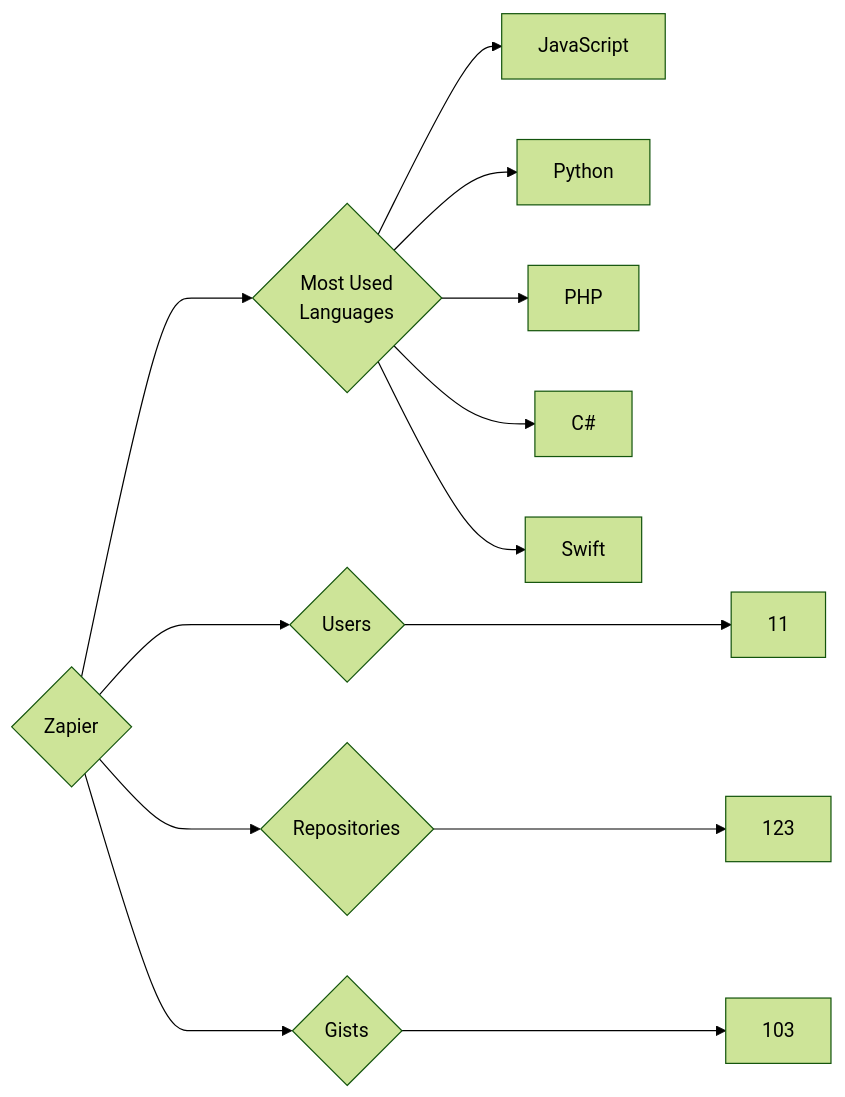
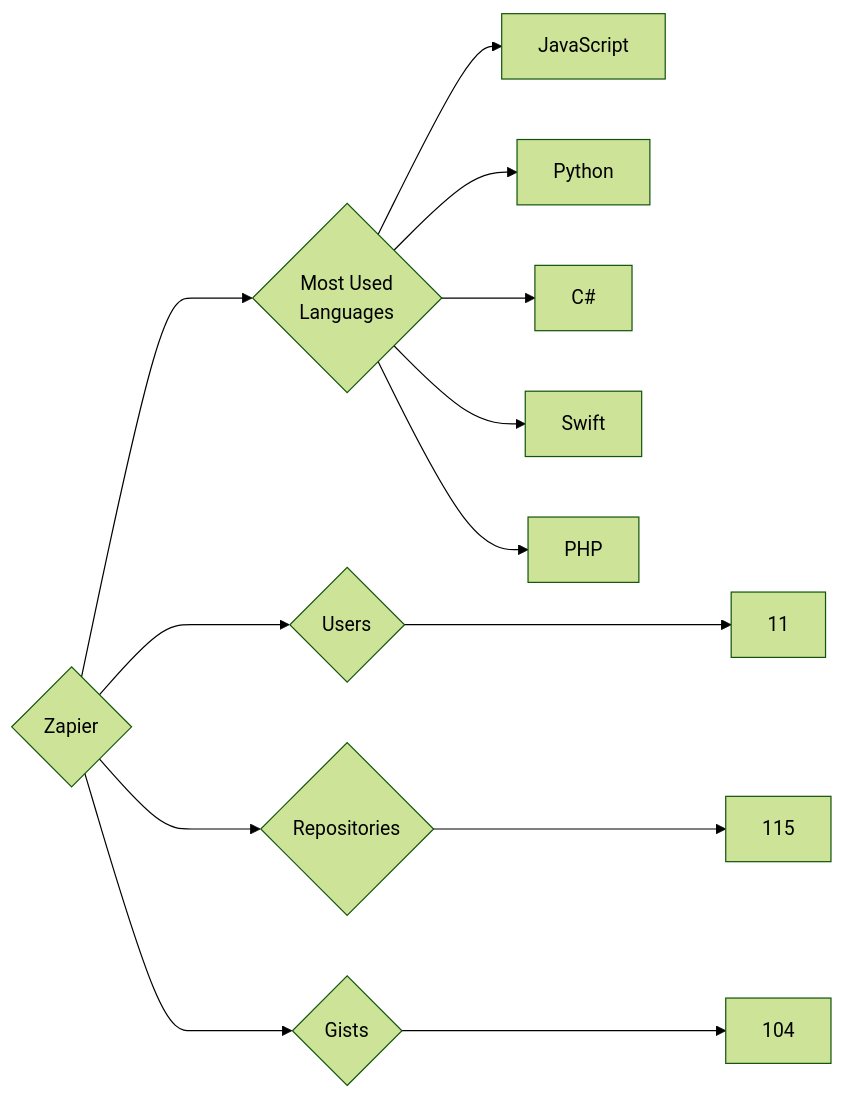
The diagram in targets/Zapier/README.md (trickest/insiders), drawn with Mermaid (forest theme) before and after one commit. The commit also changed 1479 other files, not shown here.

````diff
--- a/targets/Zapier/README.md
+++ b/targets/Zapier/README.md
@@ -3,13 +3,13 @@
 ```mermaid
 graph LR
 COMPANY_NAME{Zapier}
 COMPANY_NAME ---> U{Users} ---> UN[11]
-COMPANY_NAME ---> R{Repositories} ---> RN[123]
-COMPANY_NAME ---> G{Gists} ---> GN[103]
+COMPANY_NAME ---> R{Repositories} ---> RN[115]
+COMPANY_NAME ---> G{Gists} ---> GN[104]
 COMPANY_NAME ---> ML{Most Used<br>Languages}
 ML --> JavaScript[JavaScript]
 ML --> Python[Python]
-ML --> PHP[PHP]
 ML --> C#[C#]
 ML --> Swift[Swift]
+ML --> PHP[PHP]
 ```
````
